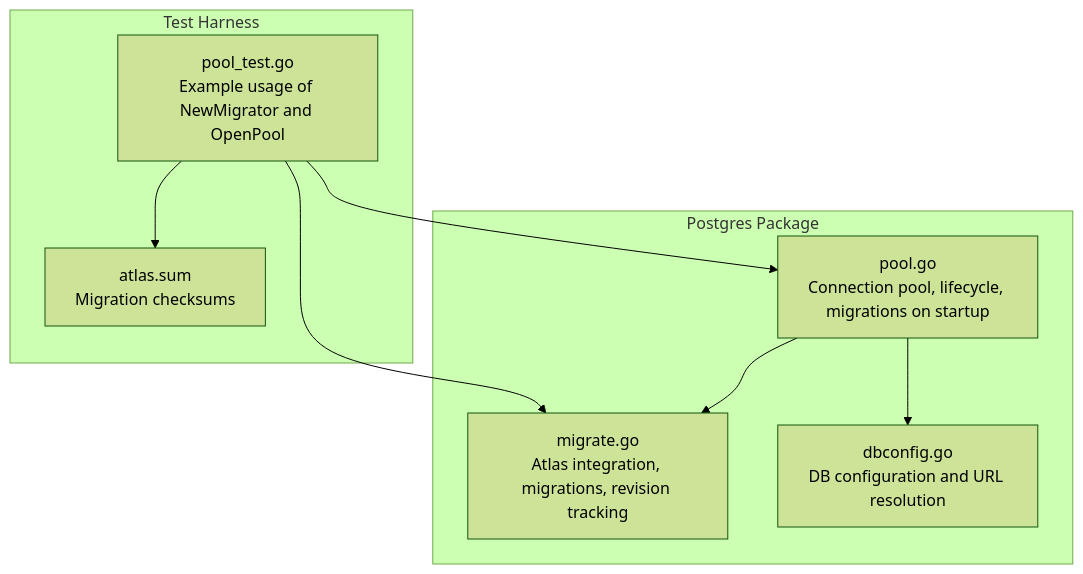
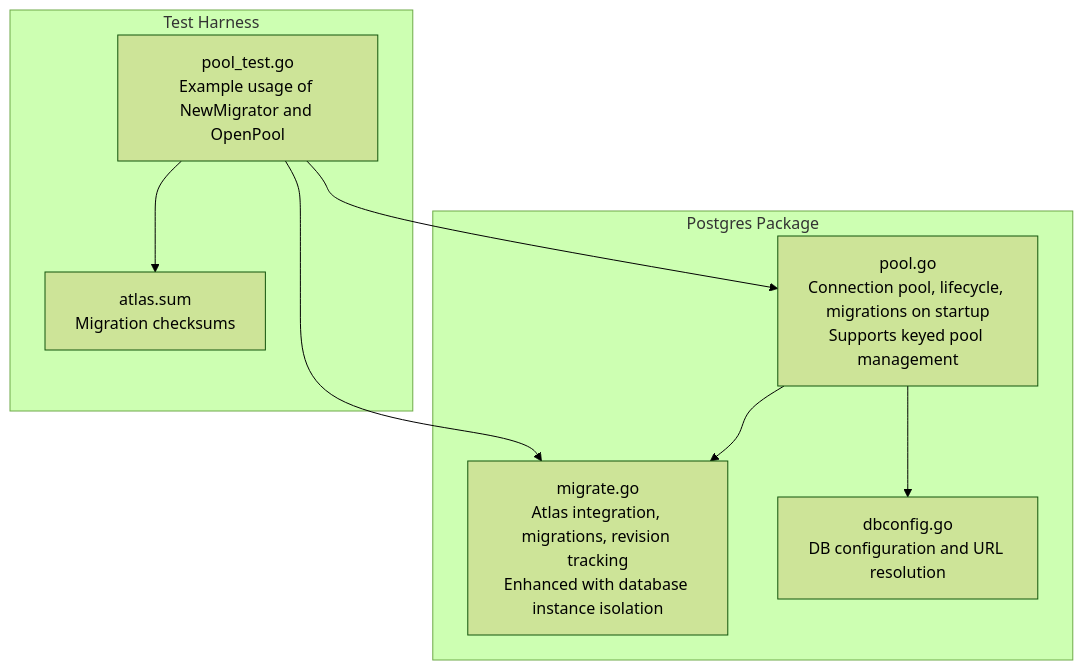
One commit to visdomtech/orcacommon changed the first of 8 diagrams in .qoder/repowiki/en/content/PostgreSQL Utilities Module/Migration Management.md. Above: the diagram before and after it, drawn with Mermaid (forest theme). The commit also changed other lines of this file and 3 other files, not shown here.

````diff
--- a/.qoder/repowiki/en/content/PostgreSQL Utilities Module/Migration Management.md
+++ b/.qoder/repowiki/en/content/PostgreSQL Utilities Module/Migration Management.md
@@ -34,17 +41,17 @@
 ```mermaid
 graph TB
 subgraph "Postgres Package"
-A["migrate.go<br/>Atlas integration, migrations, revision tracking"]
-B["pool.go<br/>Connection pool, lifecycle, migrations on startup"]
+A["migrate.go<br/>Atlas integration, migrations, revision tracking<br/>Enhanced with database instance isolation"]
+B["pool.go<br/>Connection pool, lifecycle, migrations on startup<br/>Supports keyed pool management"]
 C["dbconfig.go<br/>DB configuration and URL resolution"]
 end
 subgraph "Test Harness"
 T["pool_test.go<br/>Example usage of NewMigrator and OpenPool"]
 S["atlas.sum<br/>Migration checksums"]
 end
 B --> A
 B --> C
 T --> B
 T --> A
 T --> S
 ```
````
